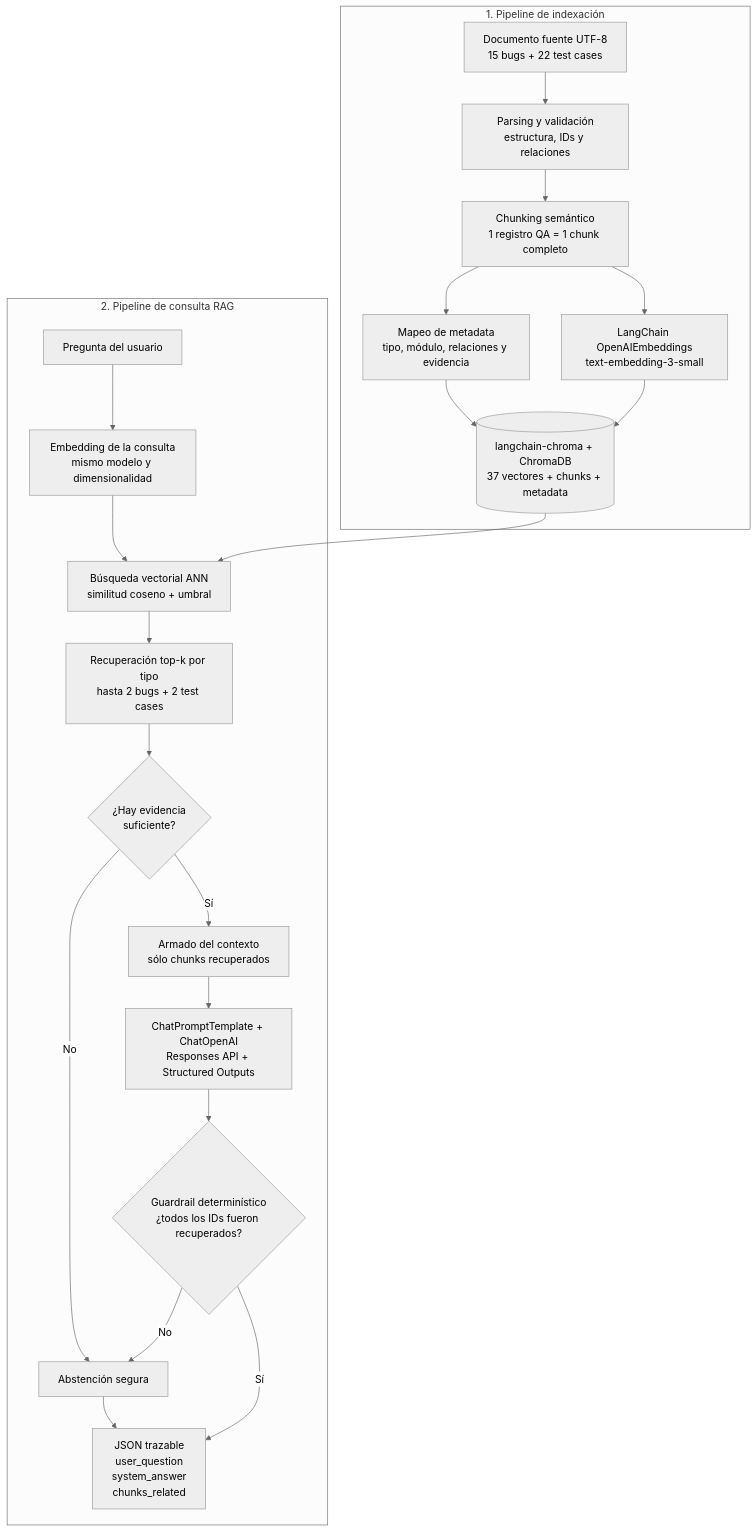
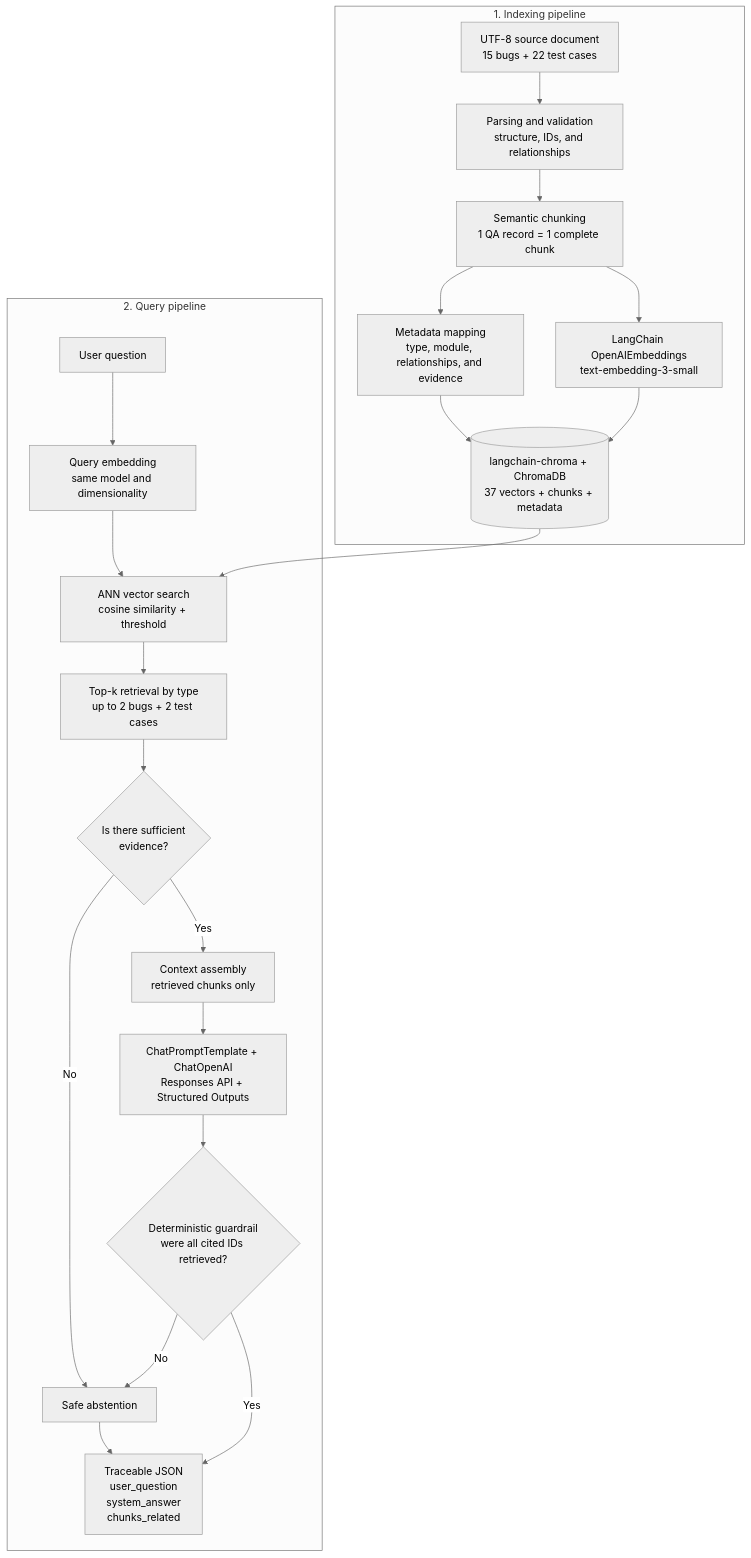
Before and after one commit to lucasvacis87/qa-memory-rag: the diagram in README.md, drawn with Mermaid (neutral theme). The commit also changed other lines of this file, not shown here.

````diff
--- a/README.md
+++ b/README.md
@@ -23,37 +23,37 @@
 ```mermaid
 flowchart TD
-    subgraph INDEX["1. Pipeline de indexación"]
-        A["Documento fuente UTF-8<br/>15 bugs + 22 test cases"]
-        B["Parsing y validación<br/>estructura, IDs y relaciones"]
-        C["Chunking semántico<br/>1 registro QA = 1 chunk completo"]
-        D["Mapeo de metadata<br/>tipo, módulo, relaciones y evidencia"]
+    subgraph INDEX["1. Indexing pipeline"]
+        A["UTF-8 source document<br/>15 bugs + 22 test cases"]
+        B["Parsing and validation<br/>structure, IDs, and relationships"]
+        C["Semantic chunking<br/>1 QA record = 1 complete chunk"]
+        D["Metadata mapping<br/>type, module, relationships, and evidence"]
         E["LangChain OpenAIEmbeddings<br/>text-embedding-3-small"]
-        F[("langchain-chroma + ChromaDB<br/>37 vectores + chunks + metadata")]
+        F[("langchain-chroma + ChromaDB<br/>37 vectors + chunks + metadata")]
 
         A --> B --> C --> D
         C --> E
         D --> F
         E --> F
     end
 
-    subgraph QUERY["2. Pipeline de consulta RAG"]
-        G["Pregunta del usuario"]
-        H["Embedding de la consulta<br/>mismo modelo y dimensionalidad"]
-        I["Búsqueda vectorial ANN<br/>similitud coseno + umbral"]
-        J["Recuperación top-k por tipo<br/>hasta 2 bugs + 2 test cases"]
-        K{"¿Hay evidencia<br/>suficiente?"}
-        L["Armado del contexto<br/>sólo chunks recuperados"]
+    subgraph QUERY["2. Query pipeline"]
+        G["User question"]
+        H["Query embedding<br/>same model and dimensionality"]
+        I["ANN vector search<br/>cosine similarity + threshold"]
+        J["Top-k retrieval by type<br/>up to 2 bugs + 2 test cases"]
+        K{"Is there sufficient<br/>evidence?"}
+        L["Context assembly<br/>retrieved chunks only"]
         M["ChatPromptTemplate + ChatOpenAI<br/>Responses API + Structured Outputs"]
-        N{"Guardrail determinístico<br/>¿todos los IDs fueron recuperados?"}
-        O["JSON trazable<br/>user_question<br/>system_answer<br/>chunks_related"]
-        P["Abstención segura"]
+        N{"Deterministic guardrail<br/>were all cited IDs retrieved?"}
+        O["Traceable JSON<br/>user_question<br/>system_answer<br/>chunks_related"]
+        P["Safe abstention"]
 
         G --> H --> I --> J --> K
-        K -- Sí --> L --> M --> N
+        K -- Yes --> L --> M --> N
         K -- No --> P --> O
-        N -- Sí --> O
+        N -- Yes --> O
         N -- No --> P
     end
 
     F --> I
 ```
````
